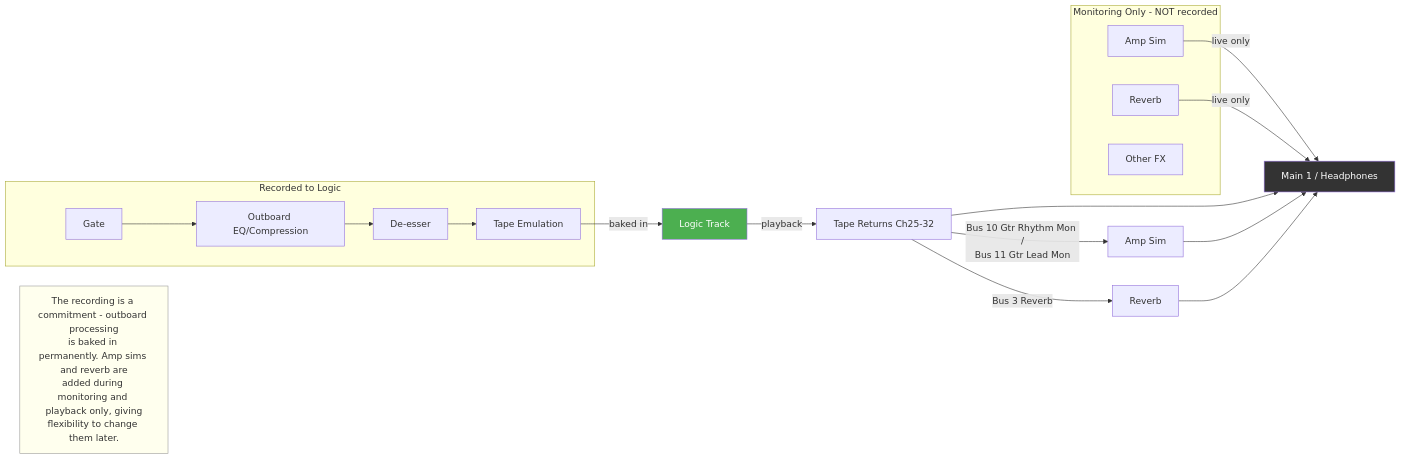
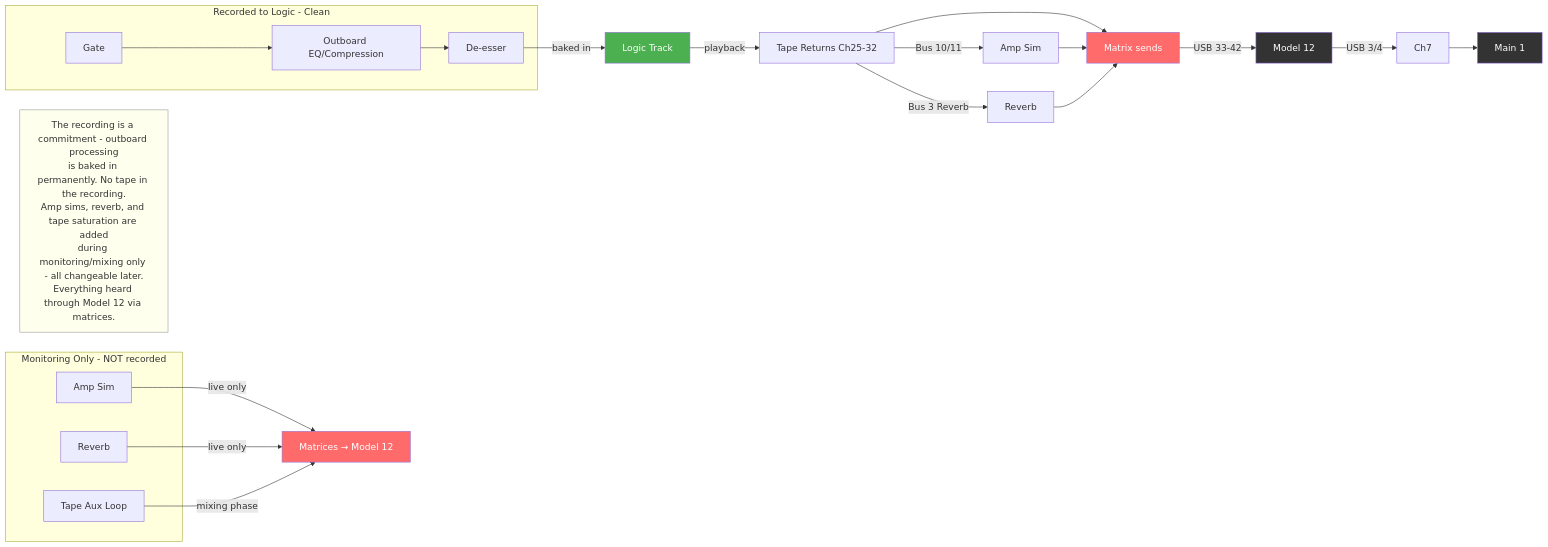
Before and after one commit to ldenman/studio-setup: diagram 13 of 21 in docs/diagrams.md, drawn with Mermaid. The commit also changed other lines of this file and 1 other file, not shown here.

First line of the commit message:
Update all diagrams for mix matrices and tape aux loop

````diff
--- a/docs/diagrams.md
+++ b/docs/diagrams.md
@@ -423,33 +571,38 @@
 ```mermaid
 graph LR
-    subgraph Recorded to Logic
+    subgraph Recorded to Logic - Clean
         R1[Gate]
         R2[Outboard EQ/Compression]
         R3[De-esser]
-        R4[Tape Emulation]
-        R1 --> R2 --> R3 --> R4
+        R1 --> R2 --> R3
     end
 
     subgraph Monitoring Only - NOT recorded
         M1[Amp Sim]
         M2[Reverb]
-        M3[Other FX]
+        M3[Tape Aux Loop]
     end
 
-    R4 -->|baked in| LOGIC[Logic Track]
-    M1 -->|live only| MAIN[Main 1 / Headphones]
-    M2 -->|live only| MAIN
+    R3 -->|baked in| LOGIC[Logic Track]
+    M1 -->|live only| MX[Matrices → Model 12]
+    M2 -->|live only| MX
+    M3 -->|mixing phase| MX
 
     LOGIC -->|playback| TR[Tape Returns Ch25-32]
-    TR -->|Bus 10 Gtr Rhythm Mon /<br/>Bus 11 Gtr Lead Mon| M1_PLAY[Amp Sim]
+    TR -->|Bus 10/11| M1_PLAY[Amp Sim]
     TR -->|Bus 3 Reverb| M2_PLAY[Reverb]
-    TR --> MAIN
-    M1_PLAY --> MAIN
-    M2_PLAY --> MAIN
+    TR --> MX_PLAY[Matrix sends]
+    M1_PLAY --> MX_PLAY
+    M2_PLAY --> MX_PLAY
+    MX_PLAY -->|USB 33-42| M12[Model 12]
+    M12 -->|USB 3/4| CH7[Ch7] --> MAIN[Main 1]
 
-    NOTE[The recording is a commitment - outboard processing<br/>is baked in permanently. Amp sims and reverb are<br/>added during monitoring and playback only, giving<br/>flexibility to change them later.]
+    NOTE[The recording is a commitment - outboard processing<br/>is baked in permanently. No tape in the recording.<br/>Amp sims, reverb, and tape saturation are added<br/>during monitoring/mixing only - all changeable later.<br/>Everything heard through Model 12 via matrices.]
 
     style LOGIC fill:#4CAF50,color:#fff
     style MAIN fill:#333,color:#fff
+    style M12 fill:#333,color:#fff
+    style MX fill:#FF6B6B,color:#fff
+    style MX_PLAY fill:#FF6B6B,color:#fff
     style NOTE fill:#ffe,stroke:#999
 ```
````
